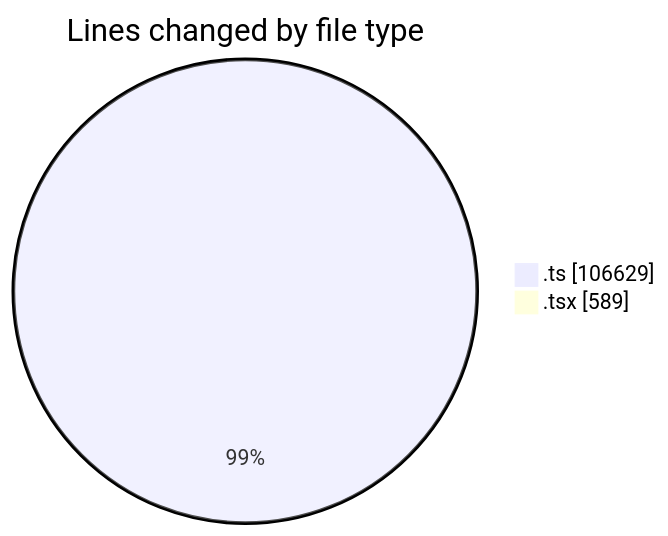
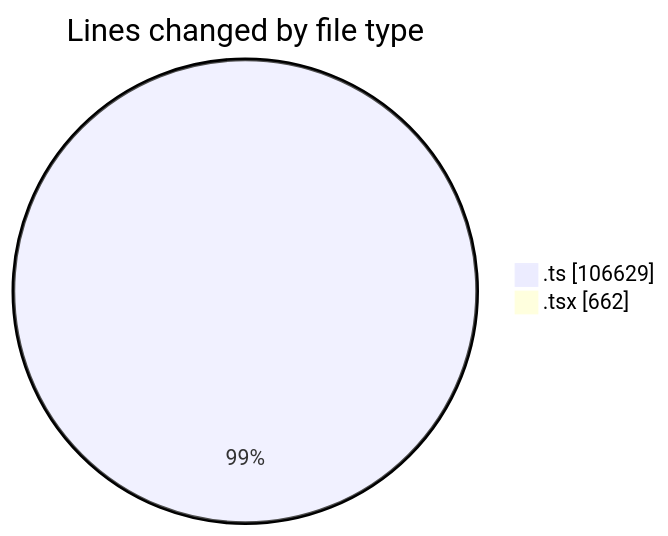
Before and after one commit to momahboobian/code-tracking: the first of 2 diagrams in 2025-08-22/cda/README.md, drawn with Mermaid. The commit also changed other lines of this file and 1 other file, not shown here.

````diff
--- a/2025-08-22/cda/README.md
+++ b/2025-08-22/cda/README.md
@@ -30,6 +31,6 @@
 ```mermaid
 pie showData
 title Lines changed by file type
 ".ts" : 106629
-".tsx" : 589
+".tsx" : 662
 ```
````
